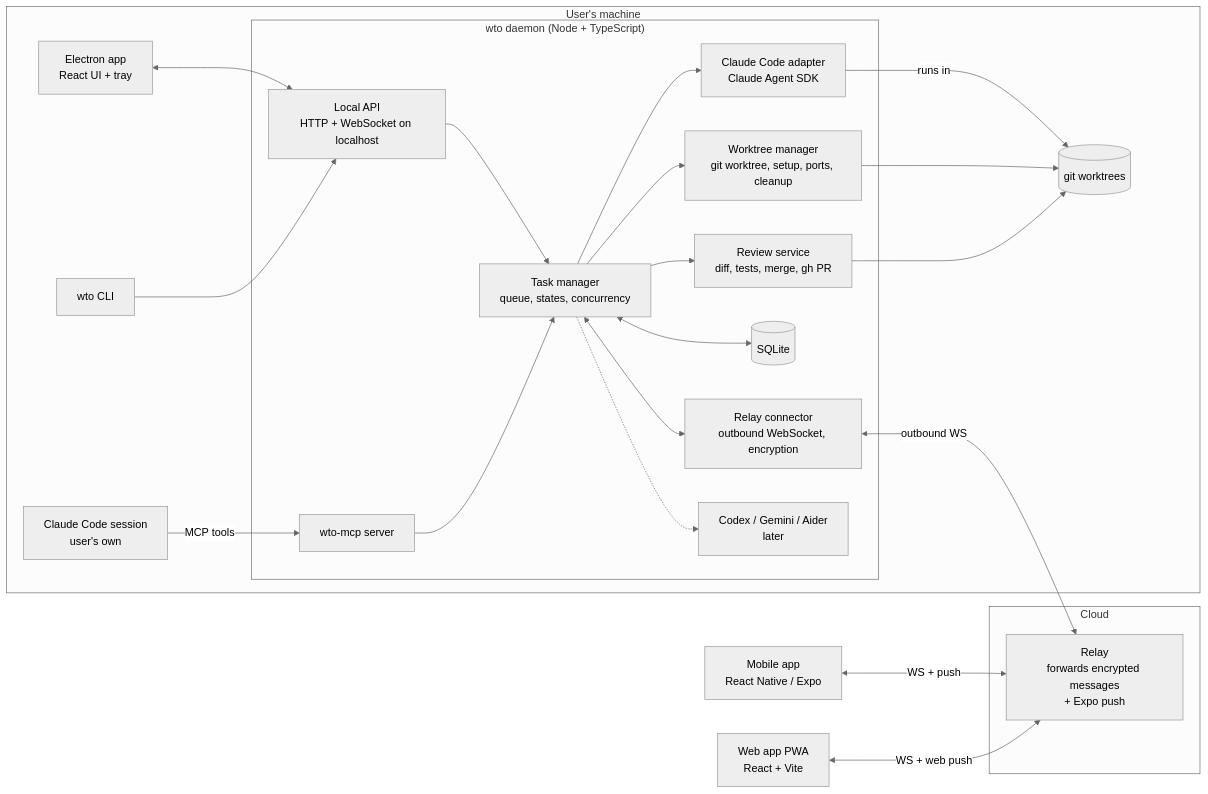
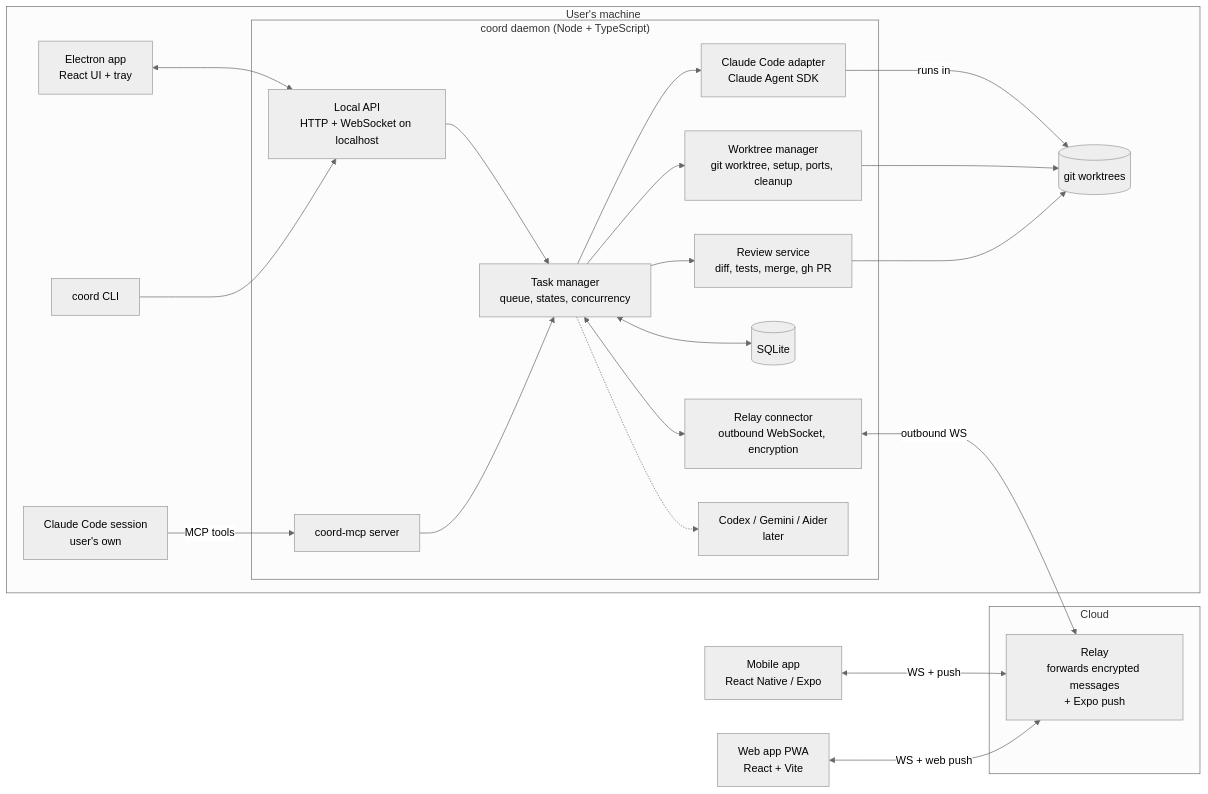
The second of 3 diagrams in docs/PRD.md (HITMANdark07/coord), drawn with Mermaid (neutral theme) before and after one commit. The commit also changed other lines of this file and 95 other files, not shown here.

````diff
--- a/docs/PRD.md
+++ b/docs/PRD.md
@@ -315,45 +324,45 @@
 ```mermaid
 flowchart LR
     subgraph Desktop["User's machine"]
         EL[Electron app<br/>React UI + tray]
-        CLI[wto CLI]
+        CLI[coord CLI]
         CC[Claude Code session<br/>user's own]
-        subgraph Daemon["wto daemon (Node + TypeScript)"]
+        subgraph Daemon["coord daemon (Node + TypeScript)"]
             API[Local API<br/>HTTP + WebSocket on localhost]
-            MCP[wto-mcp server]
+            MCP[coord-mcp server]
             TM[Task manager<br/>queue, states, concurrency]
             WM[Worktree manager<br/>git worktree, setup, ports, cleanup]
             RV[Review service<br/>diff, tests, merge, gh PR]
             RC[Relay connector<br/>outbound WebSocket, encryption]
             DB[(SQLite)]
             A1[Claude Code adapter<br/>Claude Agent SDK]
             A2[Codex / Gemini / Aider<br/>later]
         end
         W[(git worktrees)]
     end
 
     subgraph Cloud
         RL[Relay<br/>forwards encrypted messages<br/>+ Expo push]
     end
 
     PH[Mobile app<br/>React Native / Expo]
     PWA[Web app PWA<br/>React + Vite]
 
     EL <--> API
     CLI --> API
     CC -- MCP tools --> MCP
     API --> TM
     MCP --> TM
     TM --> WM
     TM --> A1
     TM -.-> A2
     TM --> RV
     TM <--> DB
     TM <--> RC
     RC <-- outbound WS --> RL
     PH <-- WS + push --> RL
     PWA <-- WS + web push --> RL
     A1 -- runs in --> W
     WM --> W
     RV --> W
 ```
````
